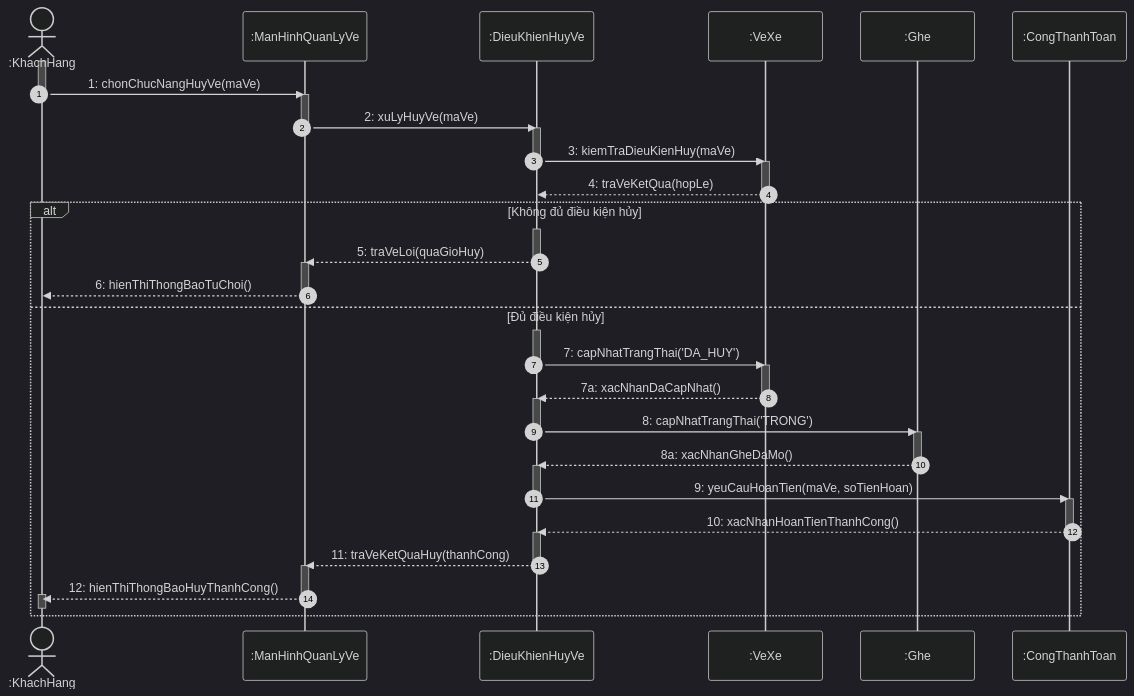
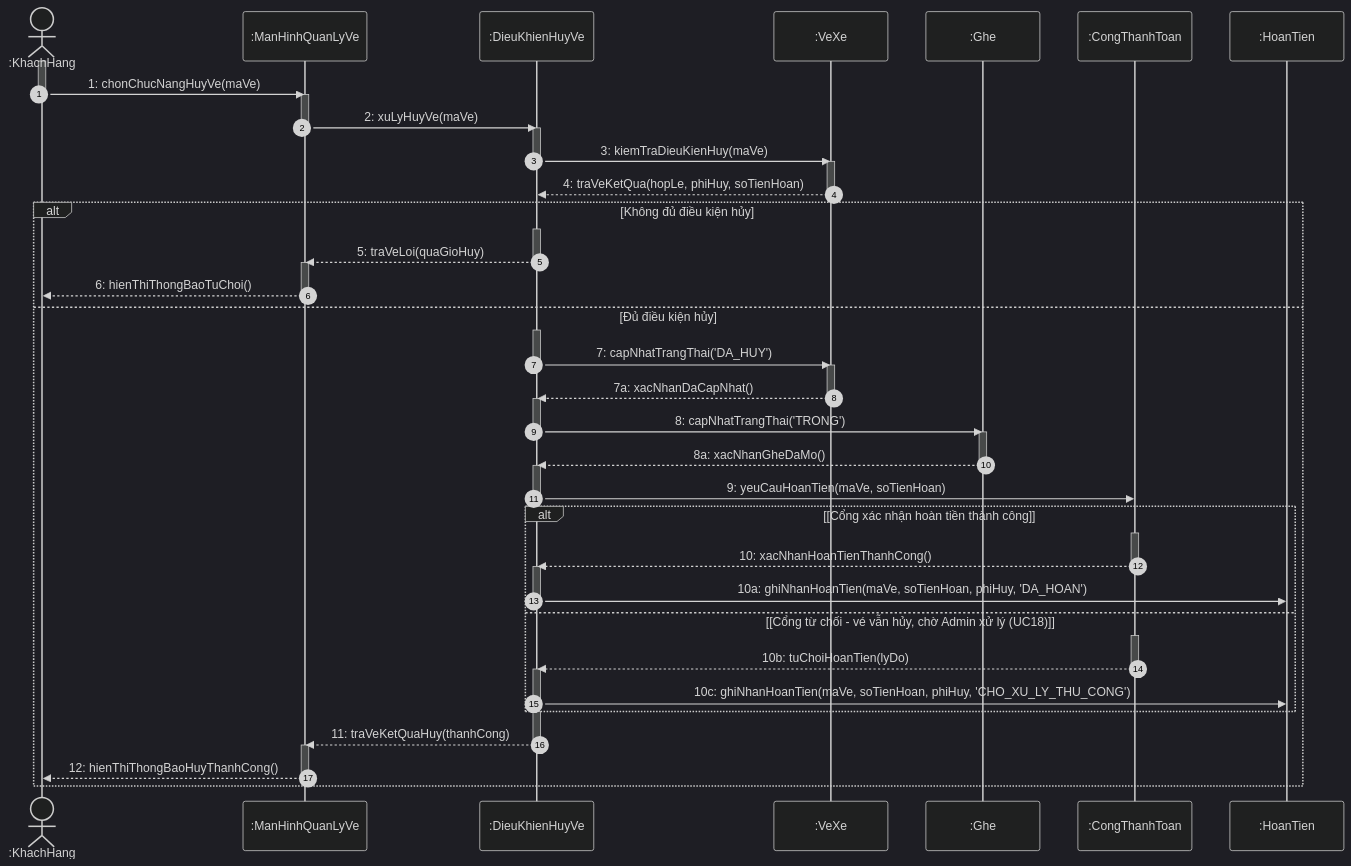
The ninth of 22 diagrams in docs/sequence/Sequence_diagram.md (Longcodepro/Project_OOAD_HK1_2026-2027), drawn with Mermaid (dark theme) before and after one commit. The commit also changed other lines of this file and 4 other files, not shown here.

````diff
--- a/docs/sequence/Sequence_diagram.md
+++ b/docs/sequence/Sequence_diagram.md
@@ -615,63 +830,69 @@
 ```mermaid
 sequenceDiagram
     autonumber
-    actor KH as :KhachHang
-    participant MH as :ManHinhQuanLyVe
-    participant DK as :DieuKhienHuyVe
-    participant VE as :VeXe
-    participant GH as :Ghe
-    participant CTT as :CongThanhToan
+    actor KH     as :KhachHang
+    participant MH     as :ManHinhQuanLyVe
+    participant DK     as :DieuKhienHuyVe
+    participant VE     as :VeXe
+    participant GH     as :Ghe
+    participant CTT    as :CongThanhToan
+    participant HT     as :HoanTien
 
     activate KH
     KH ->> MH: 1: chonChucNangHuyVe(maVe)
     deactivate KH
-    
     activate MH
     MH ->> DK: 2: xuLyHuyVe(maVe)
     deactivate MH
     activate DK
     DK ->> VE: 3: kiemTraDieuKienHuy(maVe)
     deactivate DK
     activate VE
-    VE -->> DK: 4: traVeKetQua(hopLe)
+    VE -->> DK: 4: traVeKetQua(hopLe, phiHuy, soTienHoan)
     deactivate VE
-    
     alt Không đủ điều kiện hủy
         activate DK
         DK -->> MH: 5: traVeLoi(quaGioHuy)
         deactivate DK
         activate MH
         MH -->> KH: 6: hienThiThongBaoTuChoi()
         deactivate MH
     else Đủ điều kiện hủy
         activate DK
         DK ->> VE: 7: capNhatTrangThai('DA_HUY')
         deactivate DK
         activate VE
         VE -->> DK: 7a: xacNhanDaCapNhat()
         deactivate VE
-
         activate DK
         DK ->> GH: 8: capNhatTrangThai('TRONG')
         deactivate DK
         activate GH
         GH -->> DK: 8a: xacNhanGheDaMo()
         deactivate GH
-        
         activate DK
         DK ->> CTT: 9: yeuCauHoanTien(maVe, soTienHoan)
         deactivate DK
-        activate CTT
-        CTT -->> DK: 10: xacNhanHoanTienThanhCong()
-        deactivate CTT
-        
+        alt [Cổng xác nhận hoàn tiền thành công]
+            activate CTT
+            CTT -->> DK: 10: xacNhanHoanTienThanhCong()
+            deactivate CTT
+            activate DK
+            DK ->> HT: 10a: ghiNhanHoanTien(maVe, soTienHoan, phiHuy, 'DA_HOAN')
+            deactivate DK
+        else [Cổng từ chối - vé vẫn hủy, chờ Admin xử lý (UC18)]
+            activate CTT
+            CTT -->> DK: 10b: tuChoiHoanTien(lyDo)
+            deactivate CTT
+            activate DK
+            DK ->> HT: 10c: ghiNhanHoanTien(maVe, soTienHoan, phiHuy, 'CHO_XU_LY_THU_CONG')
+            deactivate DK
+        end
         activate DK
         DK -->> MH: 11: traVeKetQuaHuy(thanhCong)
         deactivate DK
         activate MH
         MH -->> KH: 12: hienThiThongBaoHuyThanhCong()
         deactivate MH
-        activate KH
-        deactivate KH
     end
 ```
````
